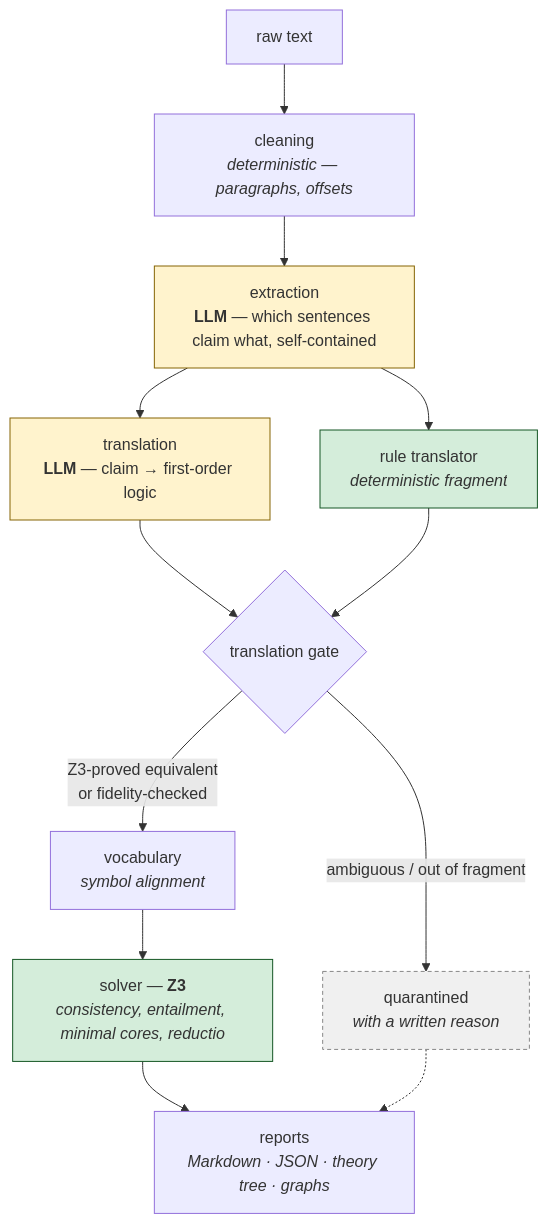
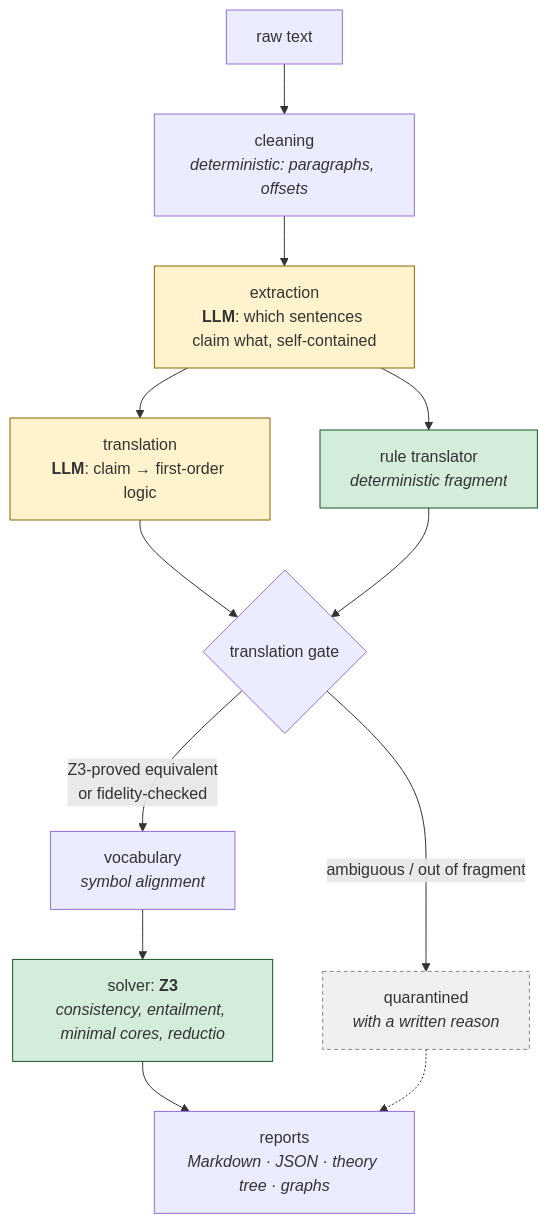
One commit to ariamousavifar/consistency-checker changed the diagram in README.md. Above: the diagram before and after it, drawn with Mermaid. The commit also changed other lines of this file and 18 other files, not shown here.

````diff
--- a/README.md
+++ b/README.md
@@ -128,20 +128,20 @@
 ```mermaid
 flowchart TD
-    A[raw text] --> B[cleaning<br/><i>deterministic — paragraphs, offsets</i>]
-    B --> C[extraction<br/><b>LLM</b> — which sentences claim what, self-contained]
-    C --> D[translation<br/><b>LLM</b> — claim → first-order logic]
+    A[raw text] --> B[cleaning<br/><i>deterministic: paragraphs, offsets</i>]
+    B --> C[extraction<br/><b>LLM</b>: which sentences claim what, self-contained]
+    C --> D[translation<br/><b>LLM</b>: claim → first-order logic]
     C --> R[rule translator<br/><i>deterministic fragment</i>]
     D --> E{translation gate}
     R --> E
     E -->|Z3-proved equivalent<br/>or fidelity-checked| F[vocabulary<br/><i>symbol alignment</i>]
     E -->|ambiguous / out of fragment| Q[quarantined<br/><i>with a written reason</i>]
-    F --> G[solver — <b>Z3</b><br/><i>consistency, entailment, minimal cores, reductio</i>]
+    F --> G[solver: <b>Z3</b><br/><i>consistency, entailment, minimal cores, reductio</i>]
     G --> H[reports<br/><i>Markdown · JSON · theory tree · graphs</i>]
     Q -.-> H
 
     style C fill:#fff3cd,stroke:#856404
     style D fill:#fff3cd,stroke:#856404
     style R fill:#d4edda,stroke:#155724
     style G fill:#d4edda,stroke:#155724
     style Q fill:#f0f0f0,stroke:#888,stroke-dasharray: 4 3
 ```
````
